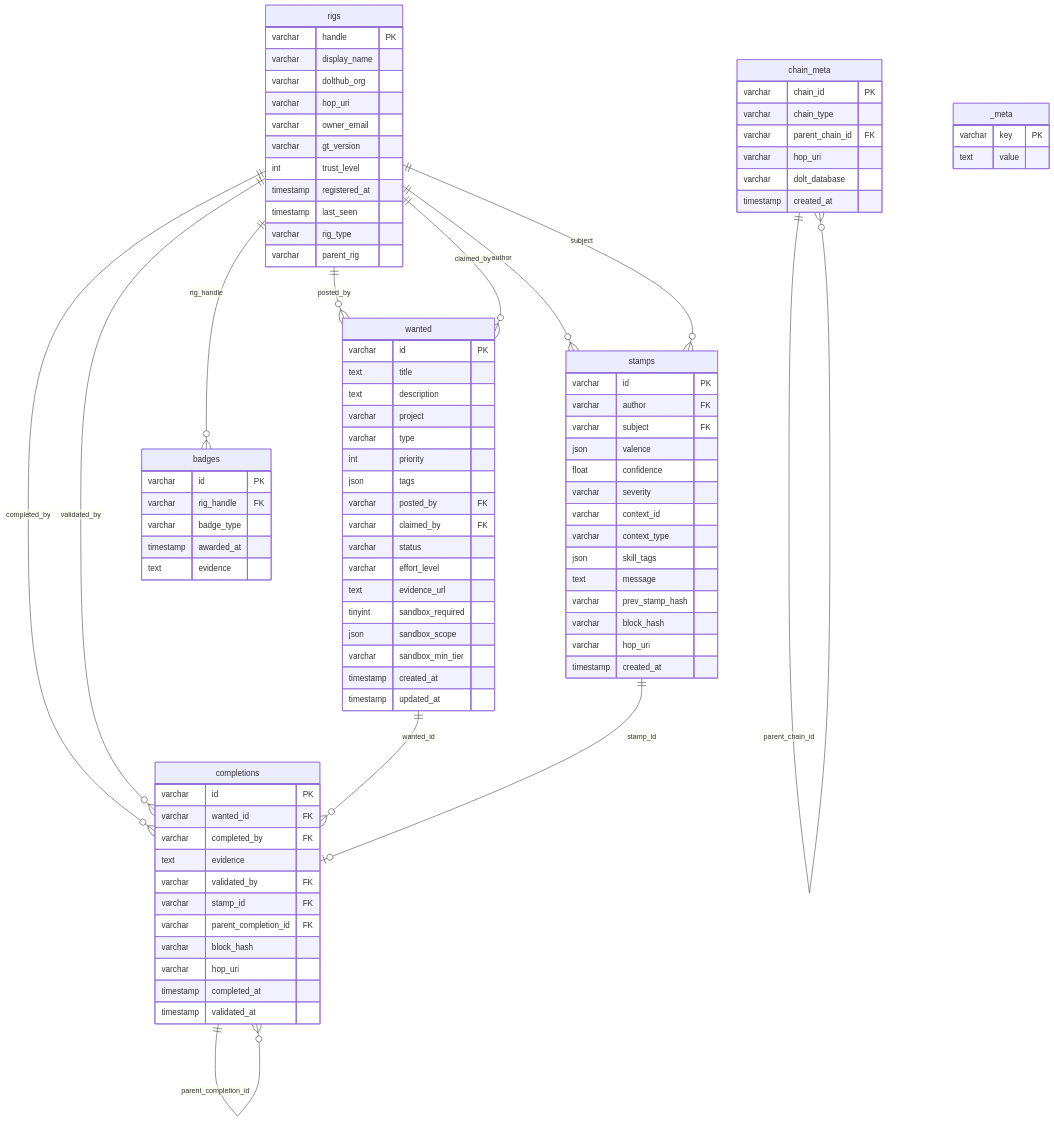
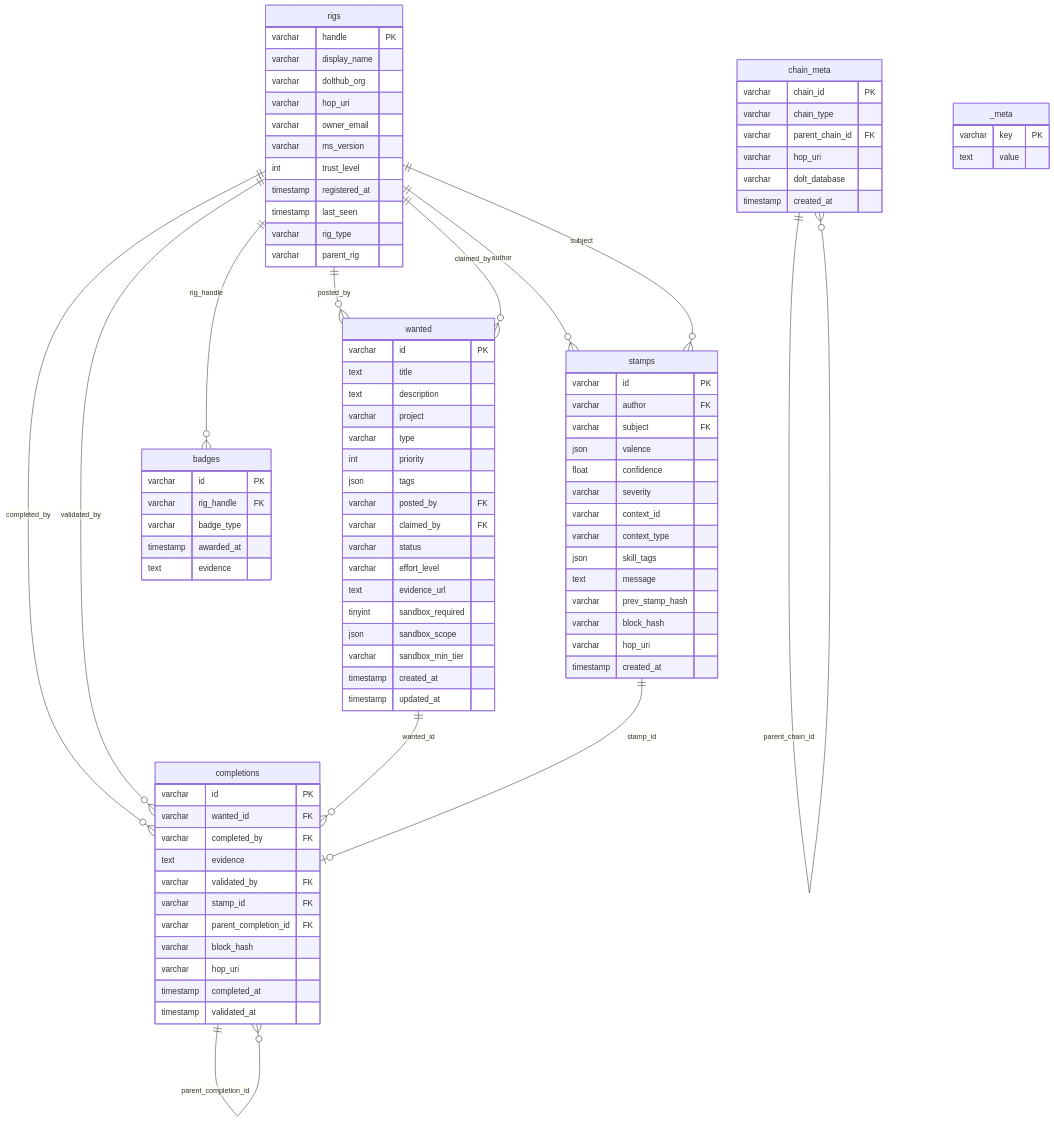
Before and after one commit to Braoden/Mineshaft: the diagram in docs/guides/mvgt-integration.md, drawn with Mermaid. The commit also changed other lines of this file and 1050 other files, not shown here.

```diff
--- a/docs/guides/mvgt-integration.md
+++ b/docs/guides/mvgt-integration.md
@@ -292,7 +292,7 @@
         varchar dolthub_org
         varchar hop_uri
         varchar owner_email
-        varchar gt_version
+        varchar ms_version
         int trust_level
         timestamp registered_at
         timestamp last_seen
```
